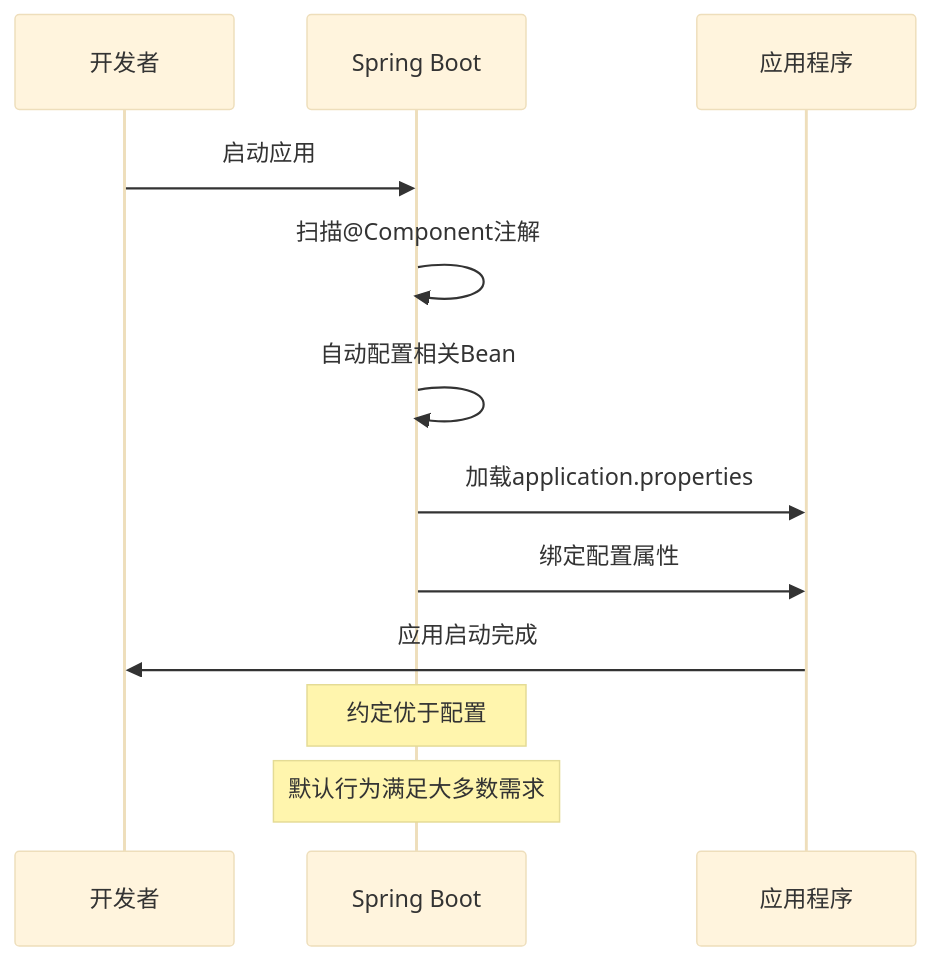
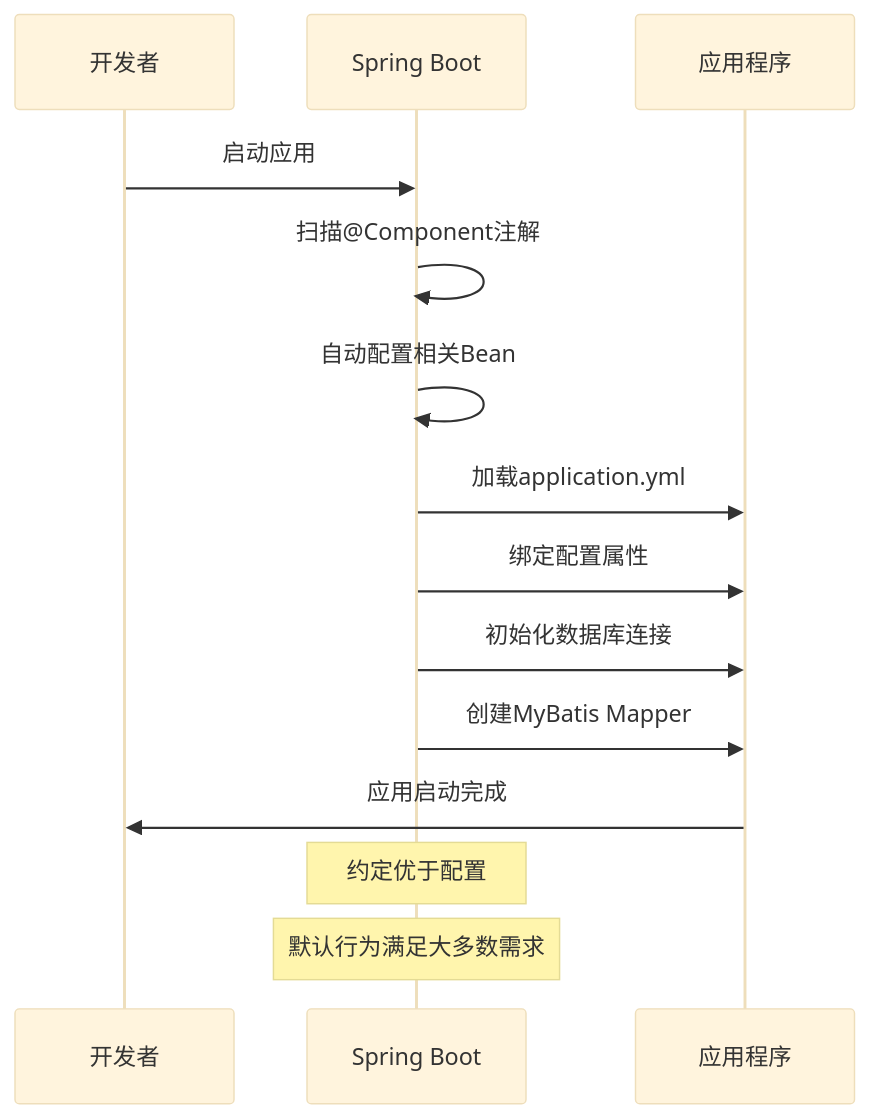
Diagram 12 of 22 in .qoder/repowiki/zh/content/项目结构详解.md (gree-coder/fund-butler), drawn with Mermaid (base theme) before and after one commit. The commit also changed other lines of this file and 10 other files, not shown here.

````diff
--- a/.qoder/repowiki/zh/content/项目结构详解.md
+++ b/.qoder/repowiki/zh/content/项目结构详解.md
@@ -154,14 +528,16 @@
 ```mermaid
 sequenceDiagram
 participant Dev as 开发者
 participant SB as Spring Boot
 participant App as 应用程序
 Dev->>SB : 启动应用
 SB->>SB : 扫描@Component注解
 SB->>SB : 自动配置相关Bean
-SB->>App : 加载application.properties
+SB->>App : 加载application.yml
 SB->>App : 绑定配置属性
+SB->>App : 初始化数据库连接
+SB->>App : 创建MyBatis Mapper
 App->>Dev : 应用启动完成
 Note over SB : 约定优于配置
 Note over SB : 默认行为满足大多数需求
 ```
````
